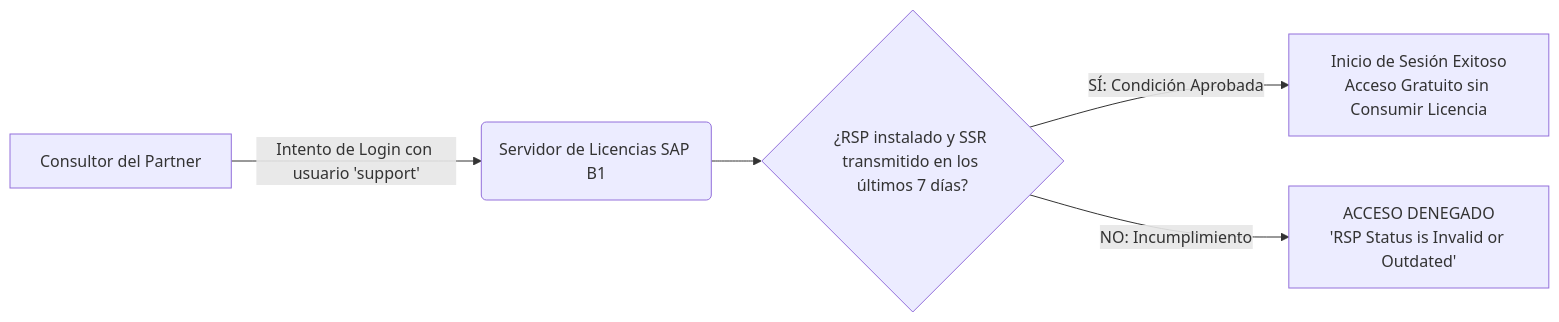
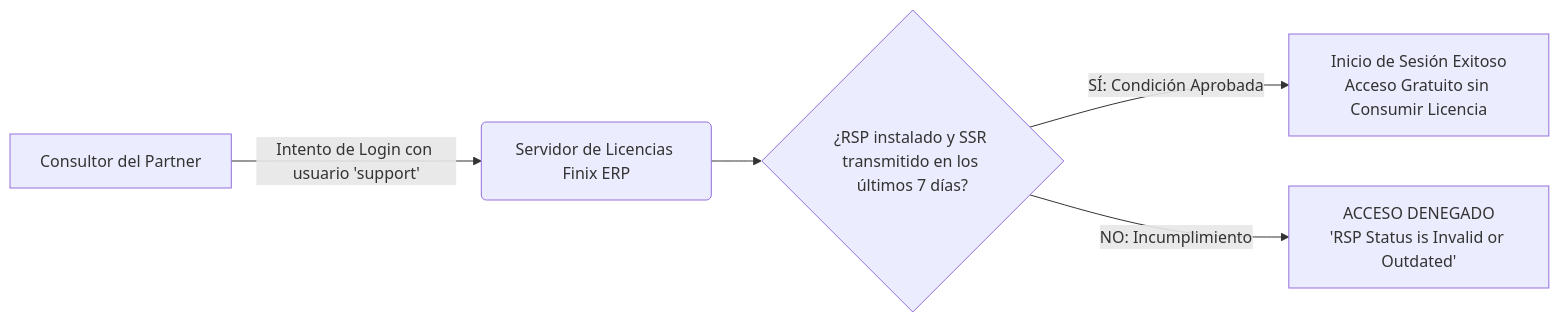
The sixth of 11 diagrams in public/modulos/Modulo_09.md (pablofgarciaf/B1-ACADEMY), drawn with Mermaid before and after one commit. The commit also changed other lines of this file and 4125 other files, not shown here.

````diff
--- a/public/modulos/Modulo_09.md
+++ b/public/modulos/Modulo_09.md
@@ -224,7 +224,7 @@
 ```mermaid
 graph LR
-    A[Consultor del Partner] -->|Intento de Login con usuario 'support'| B(Servidor de Licencias SAP B1)
+    A[Consultor del Partner] -->|Intento de Login con usuario 'support'| B(Servidor de Licencias Finix ERP)
     B --> C{¿RSP instalado y SSR transmitido en los últimos 7 días?}
     C -->|SÍ: Condición Aprobada| D[Inicio de Sesión Exitoso<br/>Acceso Gratuito sin Consumir Licencia]
     C -->|NO: Incumplimiento| E[ACCESO DENEGADO<br/>'RSP Status is Invalid or Outdated']
 ```
````
